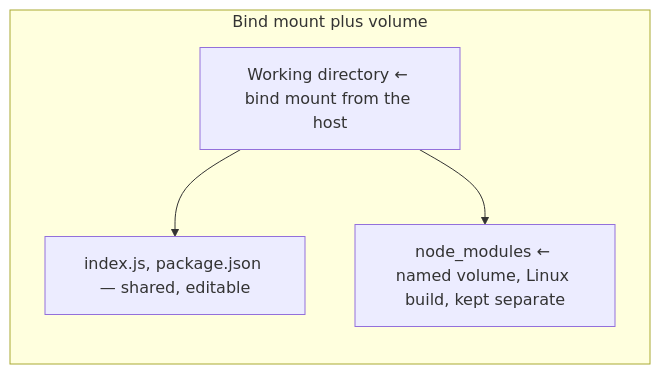
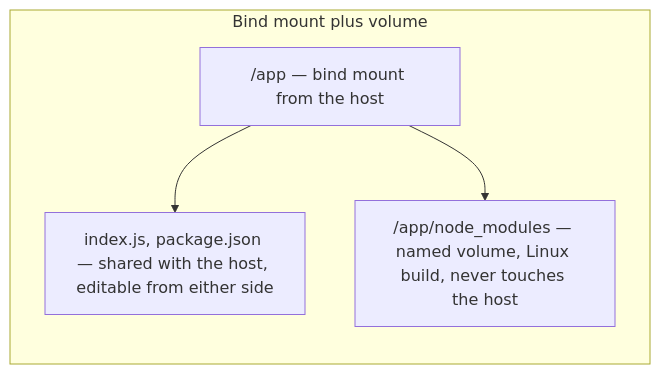
Before and after one commit to Dummy-Bug/system-design-handbook: the fourth of 4 diagrams in Backend Engineering/19-Docker/11-Bind-Mounts-And-Volumes.md, drawn with Mermaid. The commit also changed other lines of this file and 42 other files, not shown here.

````diff
--- a/Backend Engineering/19-Docker/11-Bind-Mounts-And-Volumes.md
+++ b/Backend Engineering/19-Docker/11-Bind-Mounts-And-Volumes.md
@@ -116,9 +425,9 @@
 ```mermaid
 flowchart TB
     subgraph AFTER["Bind mount plus volume"]
         direction TB
-        WD["Working directory ← bind mount from the host"]
-        WD --> SRC["index.js, package.json — shared, editable"]
-        WD --> NM["node_modules ← named volume, Linux build, kept separate"]
+        WD["/app — bind mount from the host"]
+        WD --> SRC["index.js, package.json — shared with the host, editable from either side"]
+        WD --> NM["/app/node_modules — named volume, Linux build, never touches the host"]
     end
 ```
````
